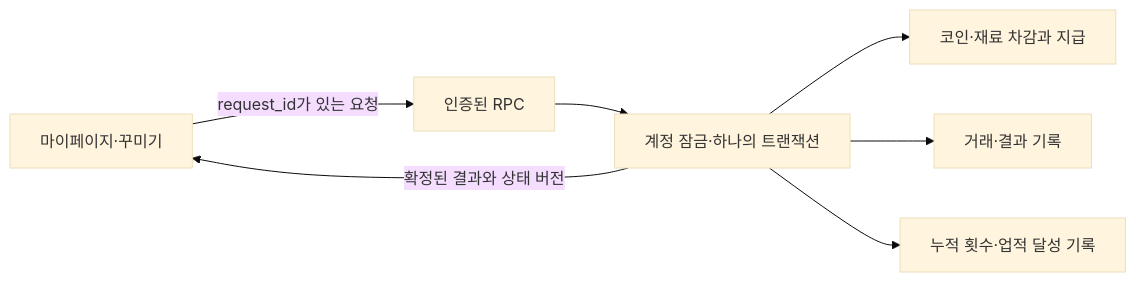
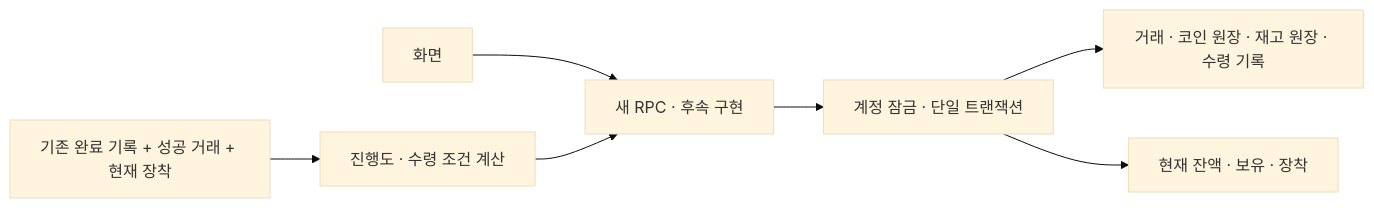
Before and after one commit to xivnick/vodka-puzzle: the diagram in docs/achievement-server-design.md, drawn with Mermaid (base theme). The commit also changed other lines of this file and 4 other files, not shown here.

Commit message:
Prepare inactive cosmetic economy schema and transaction primitives

````diff
--- a/docs/achievement-server-design.md
+++ b/docs/achievement-server-design.md
@@ -16,9 +18,9 @@
 ```mermaid
 flowchart LR
-  UI[마이페이지·꾸미기] -->|request_id가 있는 요청| RPC[인증된 RPC]
-  RPC --> TX[계정 잠금·하나의 트랜잭션]
-  TX --> A[코인·재료 차감과 지급]
-  TX --> B[거래·결과 기록]
-  TX --> C[누적 횟수·업적 달성 기록]
-  TX -->|확정된 결과와 상태 버전| UI
+  UI[화면] --> RPC[새 RPC · 후속 구현]
+  RPC --> TX[계정 잠금 · 단일 트랜잭션]
+  TX --> LOG[거래 · 코인 원장 · 재고 원장 · 수령 기록]
+  TX --> STATE[현재 잔액 · 보유 · 장착]
+  SOURCE[기존 완료 기록 + 성공 거래 + 현재 장착] --> ELIGIBILITY[진행도 · 수령 조건 계산]
+  ELIGIBILITY --> RPC
 ```
````
